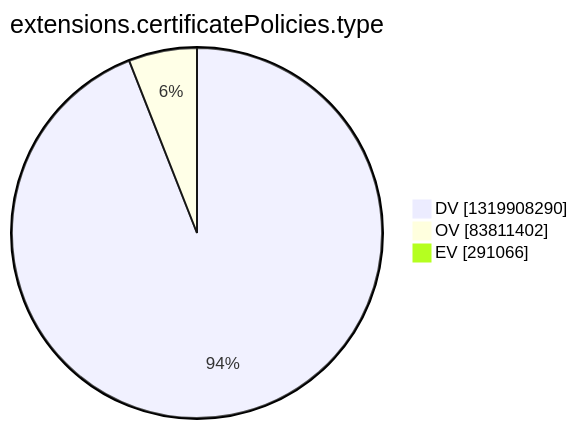
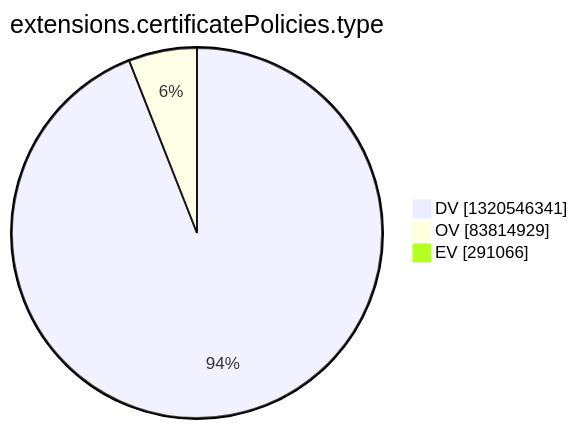
The tenth of 15 diagrams in argon2022/README.md (christiankrug/ctmonitor_visualization), drawn with Mermaid before and after one commit. The commit also changed other lines of this file, not shown here.

````diff
--- a/argon2022/README.md
+++ b/argon2022/README.md
@@ -2772,7 +2772,7 @@
 ```mermaid
 pie showData
 title extensions.certificatePolicies.type
-"DV" :1319908290
-"OV" :83811402
+"DV" :1320546341
+"OV" :83814929
 "EV" :291066
 ```
````
